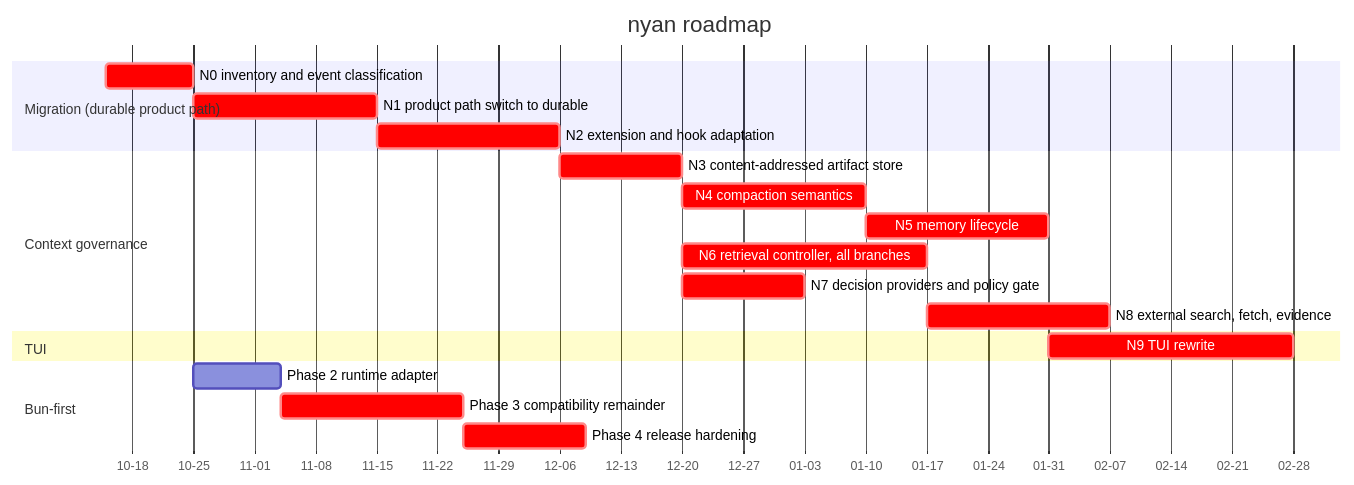
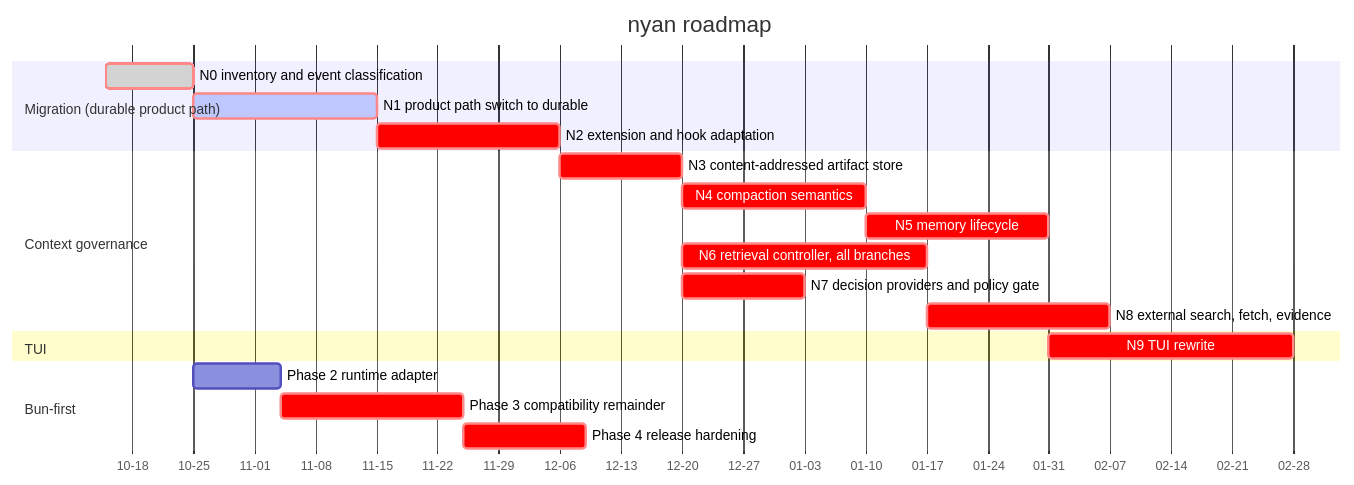
The diagram in ROADMAP.md (blxzer77/nyan), drawn with Mermaid before and after one commit. The commit also changed other lines of this file and 1 other file, not shown here.

First line of the commit message:
docs: close N0 and start durable migration

````diff
--- a/ROADMAP.md
+++ b/ROADMAP.md
@@ -13,27 +13,27 @@
 ```mermaid
 gantt
     title nyan roadmap
     dateFormat YYYY-MM-DD
     axisFormat %m-%d
 
     section Migration (durable product path)
-    N0 inventory and event classification :crit, n0, 2026-10-15, 10d
-    N1 product path switch to durable :crit, n1, after n0, 21d
+    N0 inventory and event classification :done, crit, n0, 2026-10-15, 10d
+    N1 product path switch to durable :active, crit, n1, after n0, 21d
     N2 extension and hook adaptation :crit, n2, after n1, 21d
 
     section Context governance
     N3 content-addressed artifact store :crit, n3, after n2, 14d
     N4 compaction semantics :crit, n4, after n3, 21d
     N5 memory lifecycle :crit, n5, after n4, 21d
     N6 retrieval controller, all branches :crit, n6, after n3, 28d
     N7 decision providers and policy gate :crit, n7, after n3, 14d
     N8 external search, fetch, evidence :crit, n8, after n6, 21d
 
     section TUI
     N9 TUI rewrite :crit, n9, after n5, 28d
 
     section Bun-first
     Phase 2 runtime adapter :bun2, after n0, 10d
     Phase 3 compatibility remainder :crit, bun3, after bun2, 21d
     Phase 4 release hardening :crit, bun4, after bun3, 14d
 ```
````
